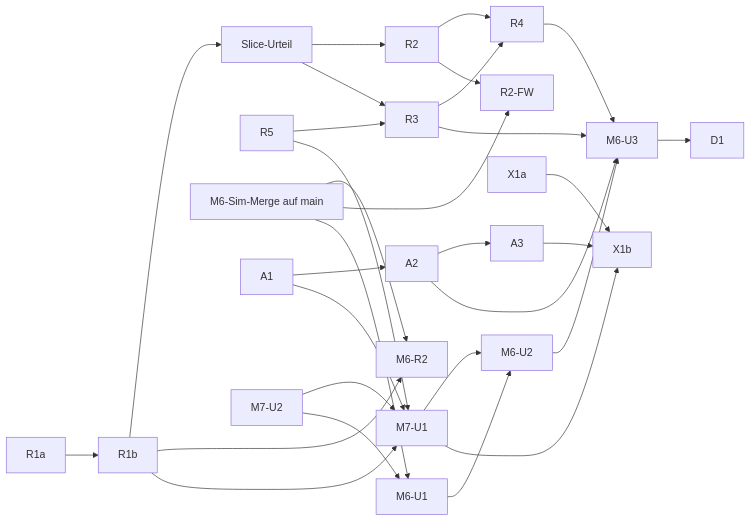
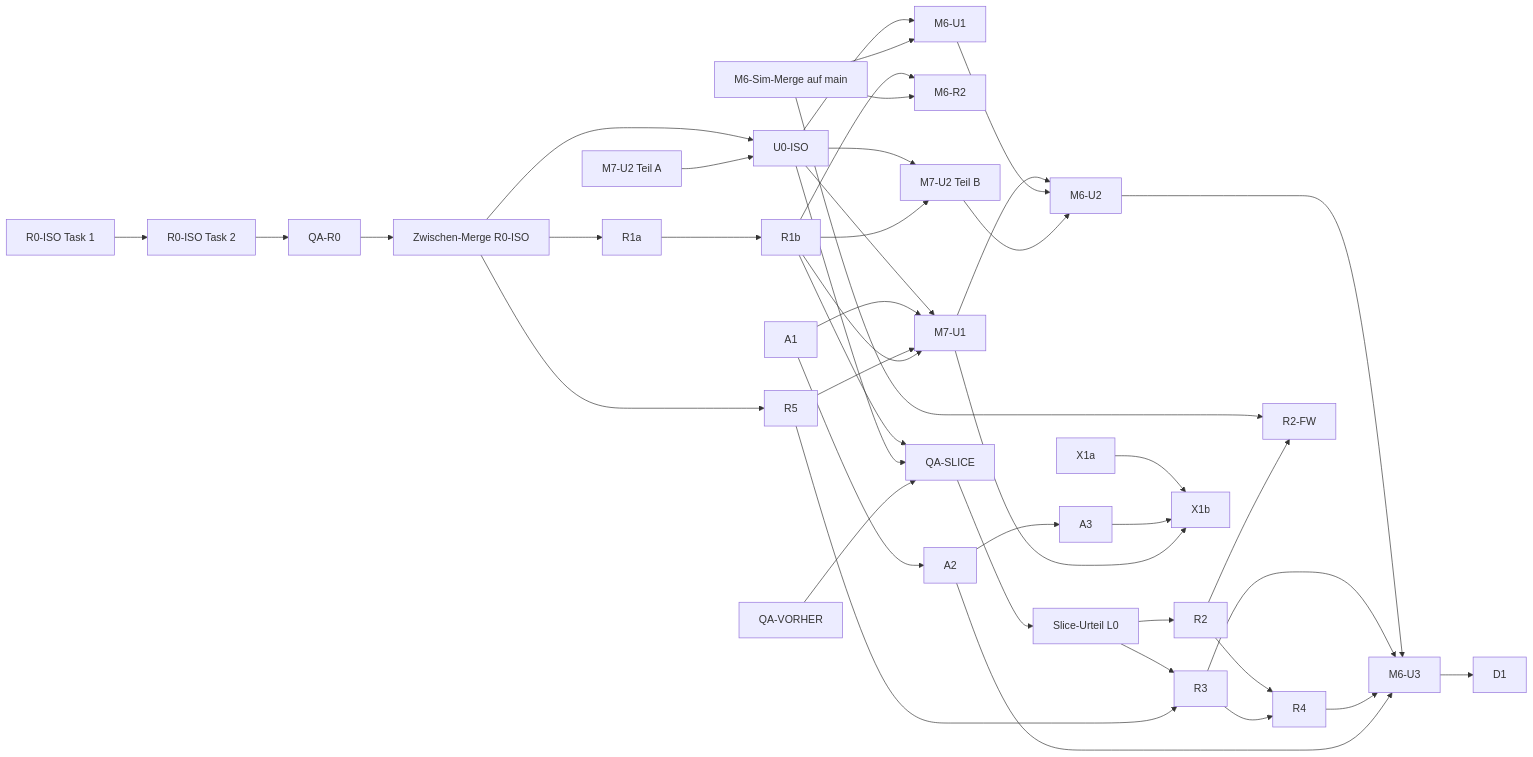
One commit to konstantinniedermann/Inselreich changed the diagram in docs/superpowers/plans/2026-09-30-m7-stimmung.md. Above: the diagram before and after it, drawn with Mermaid. The commit also changed other lines of this file, not shown here.

First line of the commit message:
docs: M7-Plan auf Isometrie überarbeitet (R0-ISO, U0-ISO, Render-Tasks nach ISO §13, Slice, Budget 76)

````diff
--- a/docs/superpowers/plans/2026-09-30-m7-stimmung.md
+++ b/docs/superpowers/plans/2026-09-30-m7-stimmung.md
@@ -159,30 +229,44 @@
 ```mermaid
 graph LR
-  R1a --> R1b --> SLICE[Slice-Urteil]
+  R0T1[R0-ISO Task 1] --> R0T2[R0-ISO Task 2]
+  R0T2 --> QAR0[QA-R0]
+  QAR0 --> ZM[Zwischen-Merge R0-ISO]
+  ZM --> R1a
+  ZM --> U0[U0-ISO]
+  ZM --> R5
+  U2A[M7-U2 Teil A] --> U0
+  R1a --> R1b
+  R1b --> QAS[QA-SLICE]
+  U0 --> QAS
+  VOR[QA-VORHER] --> QAS
+  QAS --> SLICE[Slice-Urteil L0]
   SLICE --> R2
   SLICE --> R3
   R5 --> R3
   R2 --> R4
   R3 --> R4
   R1b --> M6R2[M6-R2]
   M6SIM[M6-Sim-Merge auf main] --> M6R2
   M6SIM --> R2FW[R2-FW]
   R2 --> R2FW
   A1 --> A2 --> A3
   X1a --> X1b
   A3 --> X1b
-  U2[M7-U2] --> U1[M7-U1]
+  U0 --> U2B[M7-U2 Teil B]
+  R1b --> U2B
+  U0 --> U1[M7-U1]
   A1 --> U1
   R5 --> U1
   R1b --> U1
-  U2 --> M6U1[M6-U1]
+  U0 --> M6U1[M6-U1]
   M6SIM --> M6U1
   U1 --> M6U2[M6-U2]
   M6U1 --> M6U2
+  U2B --> M6U2
   M6U2 --> M6U3[M6-U3]
   R3 --> M6U3
   R4 --> M6U3
   A2 --> M6U3
   U1 --> X1b
   M6U3 --> D1
 ```
````
